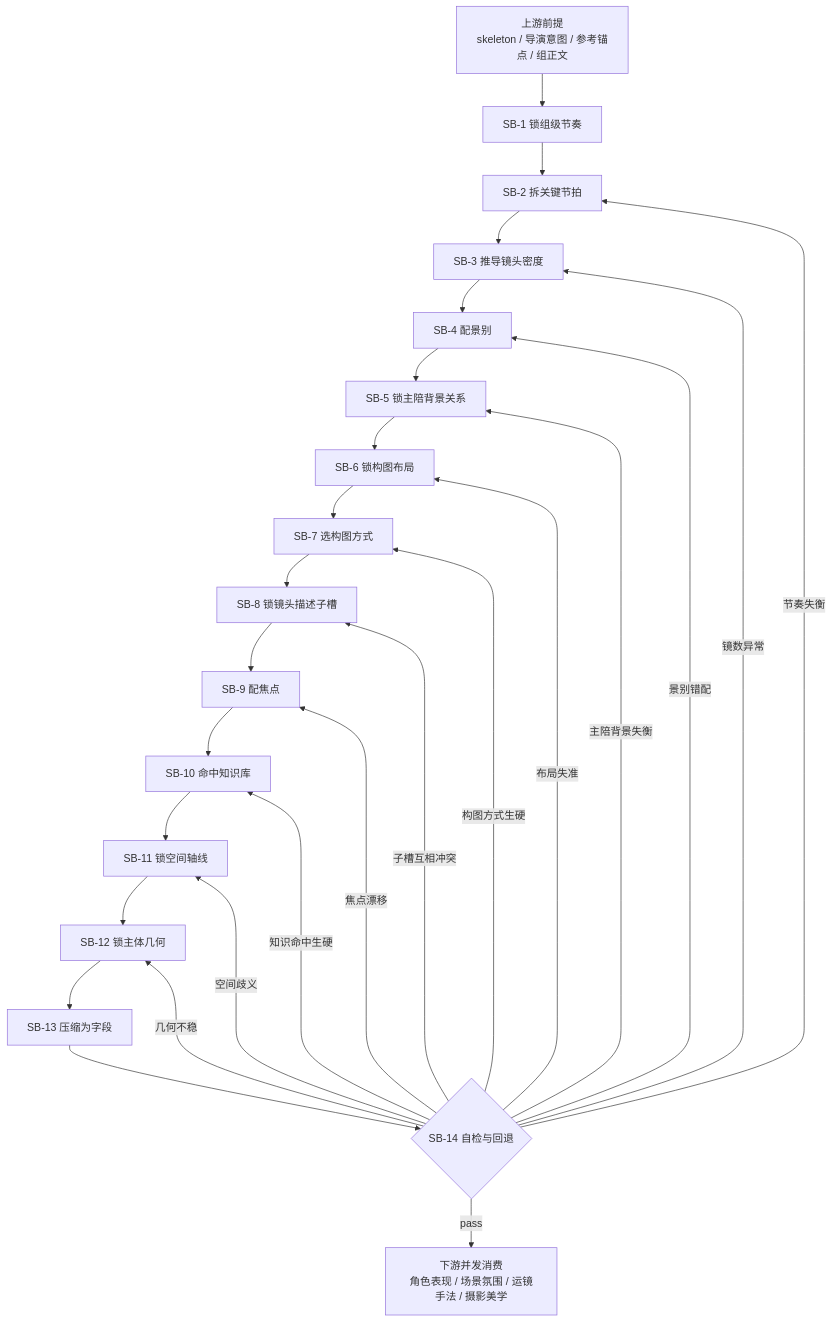
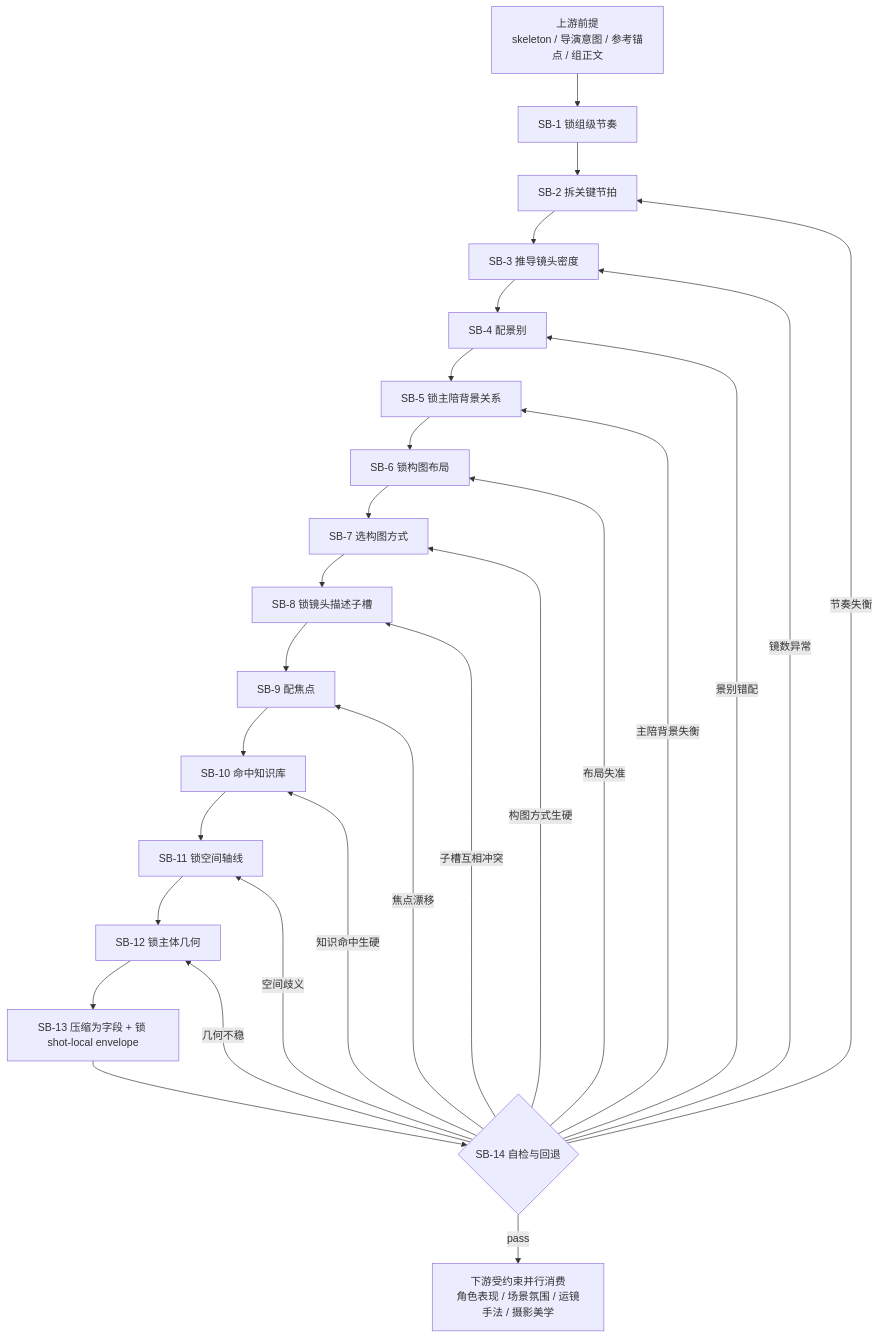
Before and after one commit to ZEN-VOID/AI-CUT: the first of 2 diagrams in .agents/skills/aigc/3-Detail/references/分镜表现.md, drawn with Mermaid. The commit also changed other lines of this file and 25 other files, not shown here.

````diff
--- a/.agents/skills/aigc/3-Detail/references/分镜表现.md
+++ b/.agents/skills/aigc/3-Detail/references/分镜表现.md
@@ -213,29 +281,29 @@
 ```mermaid
 flowchart TD
     U["上游前提<br/>skeleton / 导演意图 / 参考锚点 / 组正文"] --> SB1["SB-1 锁组级节奏"]
     SB1 --> SB2["SB-2 拆关键节拍"]
     SB2 --> SB3["SB-3 推导镜头密度"]
     SB3 --> SB4["SB-4 配景别"]
     SB4 --> SB5["SB-5 锁主陪背景关系"]
     SB5 --> SB6["SB-6 锁构图布局"]
     SB6 --> SB7["SB-7 选构图方式"]
     SB7 --> SB8["SB-8 锁镜头描述子槽"]
     SB8 --> SB9["SB-9 配焦点"]
     SB9 --> SB10["SB-10 命中知识库"]
     SB10 --> SB11["SB-11 锁空间轴线"]
     SB11 --> SB12["SB-12 锁主体几何"]
-    SB12 --> SB13["SB-13 压缩为字段"]
+    SB12 --> SB13["SB-13 压缩为字段 + 锁 shot-local envelope"]
     SB13 --> SB14{"SB-14 自检与回退"}
-    SB14 -- "pass" --> D["下游并发消费<br/>角色表现 / 场景氛围 / 运镜手法 / 摄影美学"]
+    SB14 -- "pass" --> D["下游受约束并行消费<br/>角色表现 / 场景氛围 / 运镜手法 / 摄影美学"]
     SB14 -- "节奏失衡" --> SB2
     SB14 -- "镜数异常" --> SB3
     SB14 -- "景别错配" --> SB4
     SB14 -- "主陪背景失衡" --> SB5
     SB14 -- "布局失准" --> SB6
     SB14 -- "构图方式生硬" --> SB7
     SB14 -- "子槽互相冲突" --> SB8
     SB14 -- "焦点漂移" --> SB9
     SB14 -- "知识命中生硬" --> SB10
     SB14 -- "空间歧义" --> SB11
     SB14 -- "几何不稳" --> SB12
 ```
````
